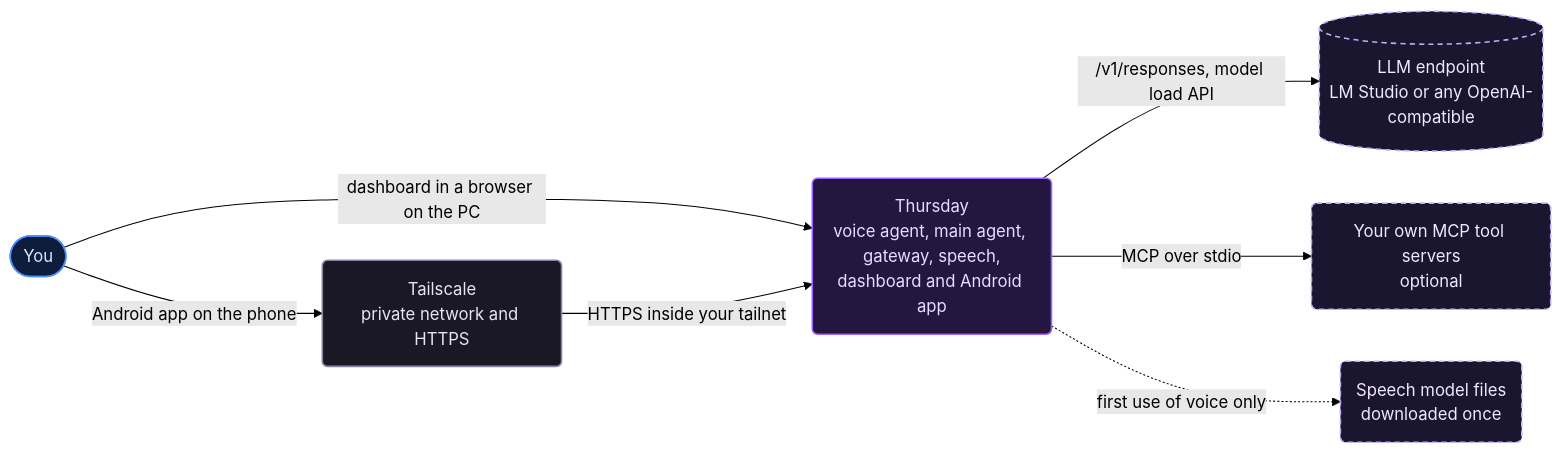
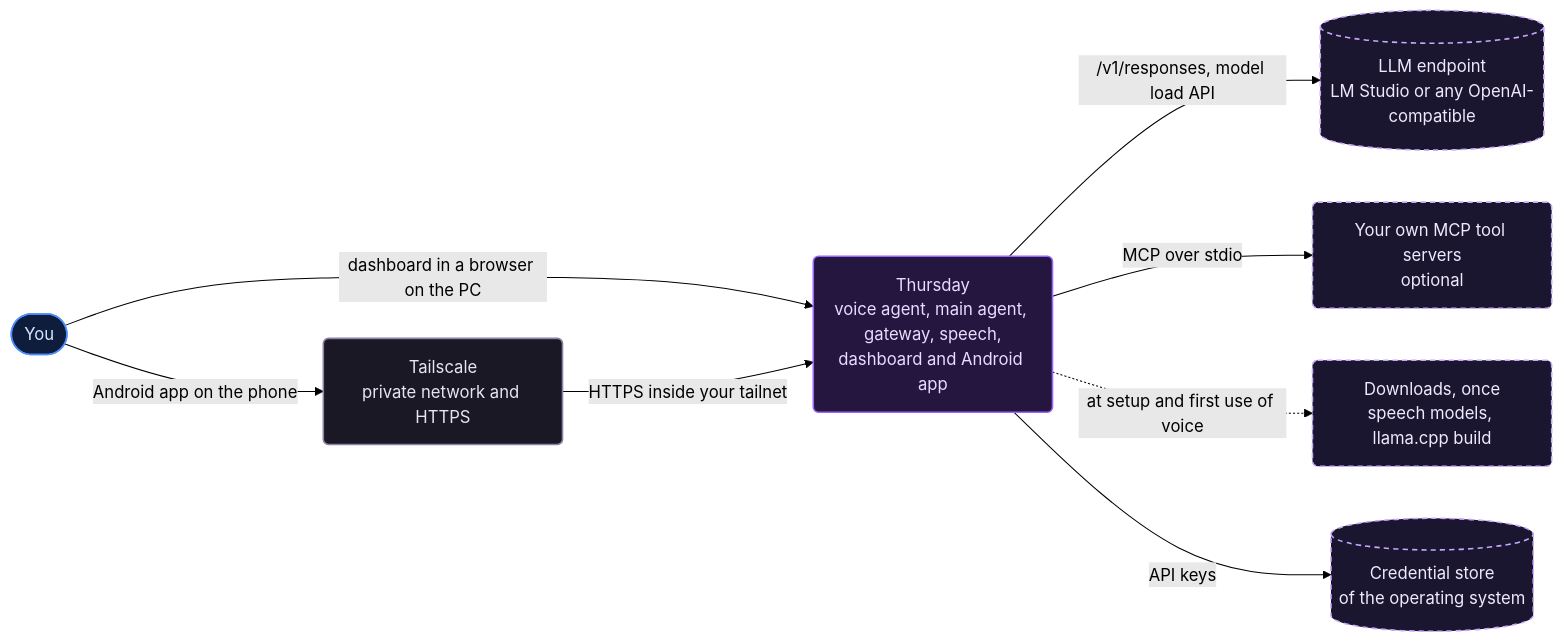
Before and after one commit to mugilnimbus/Thursday_V3: the first of 7 diagrams in docs/ARCHITECTURE.md, drawn with Mermaid (forest theme). The commit also changed other lines of this file and 296 other files, not shown here.

First line of the commit message:
Thursday v3: hardening, deny list, Android and dashboard updates, architecture model

````diff
--- a/docs/ARCHITECTURE.md
+++ b/docs/ARCHITECTURE.md
@@ -11,24 +11,26 @@
 ```mermaid
 %% svg: system-context
 flowchart LR
   you(["You"])
   thursday("Thursday<br/>voice agent, main agent, gateway, speech,<br/>dashboard and Android app")
   ts("Tailscale<br/>private network and HTTPS")
   llm[("LLM endpoint<br/>LM Studio or any OpenAI-compatible")]
   mcp("Your own MCP tool servers<br/>optional")
-  files("Speech model files<br/>downloaded once")
+  files("Downloads, once<br/>speech models, llama.cpp build")
+  keys[("Credential store<br/>of the operating system")]
   you -->|"dashboard in a browser on the PC"| thursday
   you -->|"Android app on the phone"| ts
   ts -->|"HTTPS inside your tailnet"| thursday
   thursday -->|"/v1/responses, model load API"| llm
   thursday -->|"MCP over stdio"| mcp
-  thursday -.->|"first use of voice only"| files
+  thursday -.->|"at setup and first use of voice"| files
+  thursday -->|"API keys"| keys
   classDef client fill:#0f1d3d,stroke:#4d8dff,color:#dbe7ff,stroke-width:1.5px
   classDef edge fill:#1b1826,stroke:#8d81a6,color:#e9e4f5,stroke-width:1.5px
   classDef agent fill:#24163f,stroke:#9b63ff,color:#eadcff,stroke-width:1.5px
   classDef external fill:#1a1630,stroke:#c9a8ff,color:#f1e8ff,stroke-width:1.5px,stroke-dasharray:5 4
   class you client
   class thursday agent
   class ts edge
-  class llm,mcp,files external
+  class llm,mcp,files,keys external
 ```
````
